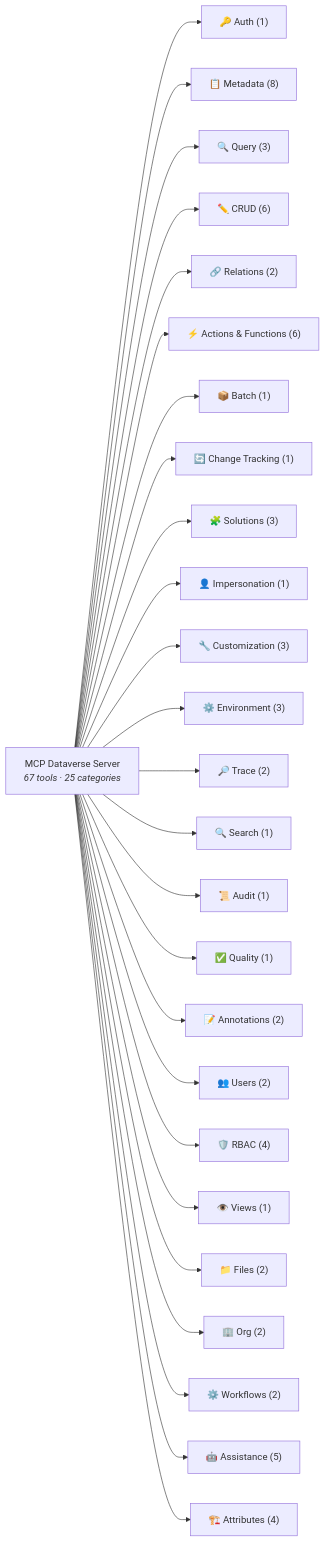
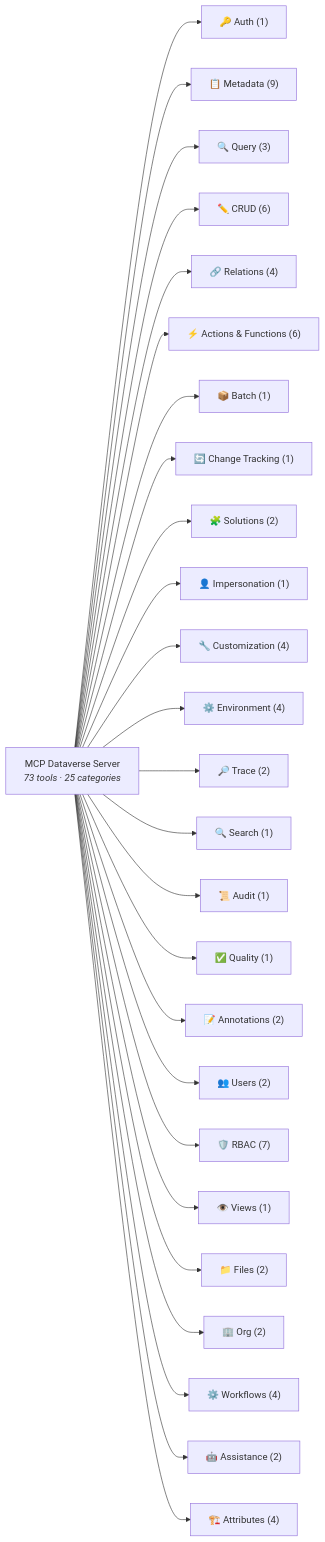
The diagram in CAPABILITIES.md (codeurali/mcp-dataverse), drawn with Mermaid before and after one commit. The commit also changed other lines of this file and 14 other files, not shown here.

````diff
--- a/CAPABILITIES.md
+++ b/CAPABILITIES.md
@@ -96,30 +96,30 @@
 ```mermaid
 graph LR
-    MCP["MCP Dataverse Server<br/><i>67 tools · 25 categories</i>"]
+    MCP["MCP Dataverse Server<br/><i>73 tools · 25 categories</i>"]
 
     MCP --> AUTH["🔑 Auth (1)"]
-    MCP --> META["📋 Metadata (8)"]
+    MCP --> META["📋 Metadata (9)"]
     MCP --> QUERY["🔍 Query (3)"]
     MCP --> CRUD["✏️ CRUD (6)"]
-    MCP --> REL["🔗 Relations (2)"]
+    MCP --> REL["🔗 Relations (4)"]
     MCP --> ACT["⚡ Actions & Functions (6)"]
     MCP --> BATCH["📦 Batch (1)"]
     MCP --> TRACK["🔄 Change Tracking (1)"]
-    MCP --> SOL["🧩 Solutions (3)"]
+    MCP --> SOL["🧩 Solutions (2)"]
     MCP --> IMP["👤 Impersonation (1)"]
-    MCP --> CUST["🔧 Customization (3)"]
-    MCP --> ENV["⚙️ Environment (3)"]
+    MCP --> CUST["🔧 Customization (4)"]
+    MCP --> ENV["⚙️ Environment (4)"]
     MCP --> TRACE["🔎 Trace (2)"]
     MCP --> SRCH["🔍 Search (1)"]
     MCP --> AUDIT["📜 Audit (1)"]
     MCP --> QUAL["✅ Quality (1)"]
     MCP --> NOTE["📝 Annotations (2)"]
     MCP --> USR["👥 Users (2)"]
-    MCP --> RBAC["🛡️ RBAC (4)"]
+    MCP --> RBAC["🛡️ RBAC (7)"]
     MCP --> VIEWS["👁️ Views (1)"]
     MCP --> FILES["📁 Files (2)"]
     MCP --> ORG["🏢 Org (2)"]
-    MCP --> WF["⚙️ Workflows (2)"]
-    MCP --> ASSIST["🤖 Assistance (5)"]
+    MCP --> WF["⚙️ Workflows (4)"]
+    MCP --> ASSIST["🤖 Assistance (2)"]
     MCP --> ATTR["🏗️ Attributes (4)"]
 ```
````
